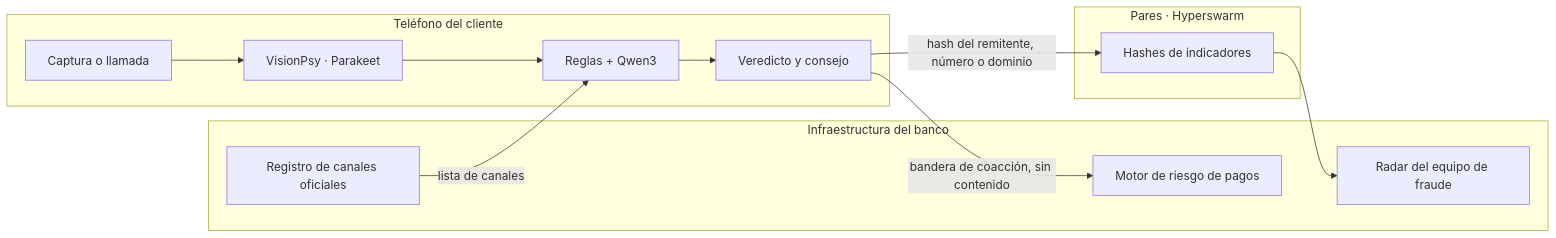
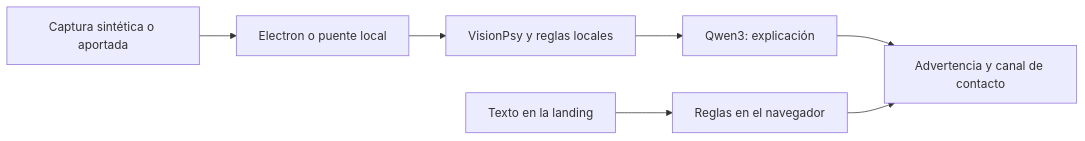
One commit to Andresssrr24/certiva changed the diagram in README.md. Above: the diagram before and after it, drawn with Mermaid. The commit also changed other lines of this file and 4 other files, not shown here.

````diff
--- a/README.md
+++ b/README.md
@@ -13,18 +21,9 @@
 ```mermaid
 flowchart LR
-  subgraph T[Teléfono del cliente]
-    C[Captura o llamada] --> V[VisionPsy · Parakeet] --> R[Reglas + Qwen3] --> D[Veredicto y consejo]
-  end
-  subgraph B[Infraestructura del banco]
-    RG[Registro de canales oficiales]
-    RA[Radar del equipo de fraude]
-    MR[Motor de riesgo de pagos]
-  end
-  subgraph P[Pares · Hyperswarm]
-    H[Hashes de indicadores]
-  end
-  RG -- lista de canales --> R
-  D -- hash del remitente, número o dominio --> H
-  H --> RA
-  D -- bandera de coacción, sin contenido --> MR
+  C[Captura sintética o aportada] --> E[Electron o puente local]
+  E --> V[VisionPsy y reglas locales]
+  V --> Q[Qwen3: explicación]
+  T[Texto en la landing] --> R[Reglas en el navegador]
+  Q --> A[Advertencia y canal de contacto]
+  R --> A
 ```
````
